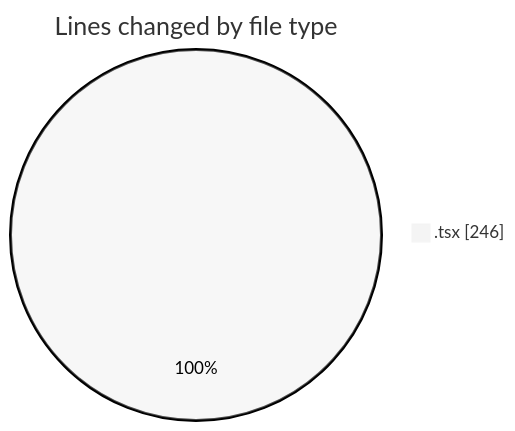
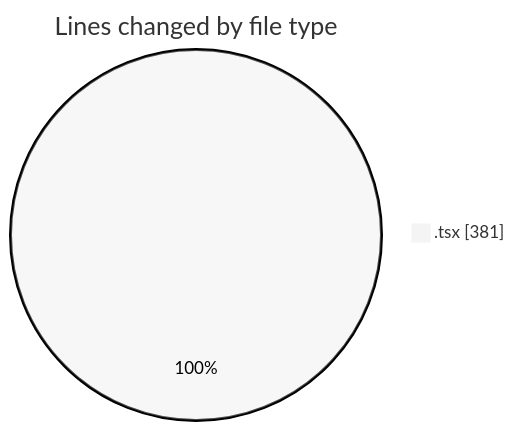
The first of 2 diagrams in 2026-07-24/nxtqube_webapp/README.md (nxtqubesakshisongat/code-tracking), drawn with Mermaid (neutral theme) before and after one commit. The commit also changed other lines of this file and 1 other file, not shown here.

````diff
--- a/2026-07-24/nxtqube_webapp/README.md
+++ b/2026-07-24/nxtqube_webapp/README.md
@@ -20,5 +21,5 @@
 ```mermaid
 pie showData
 title Lines changed by file type
-".tsx" : 246
+".tsx" : 381
 ```
````
